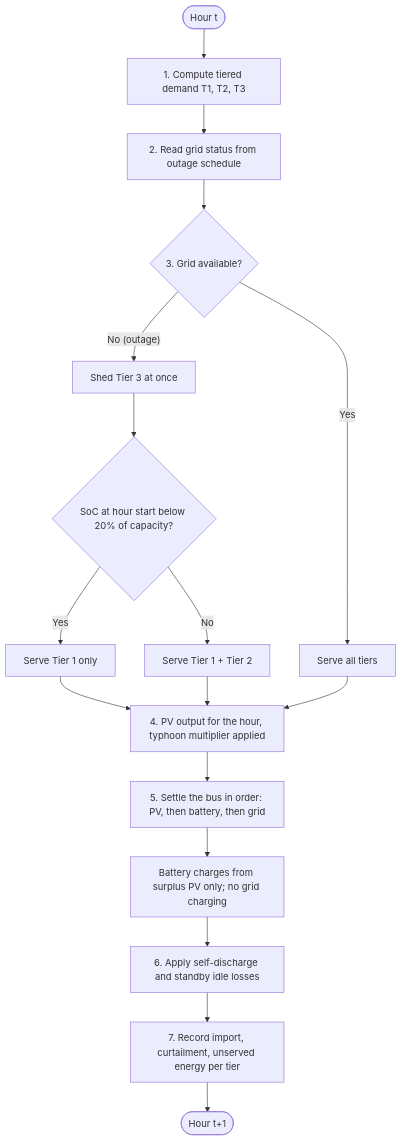
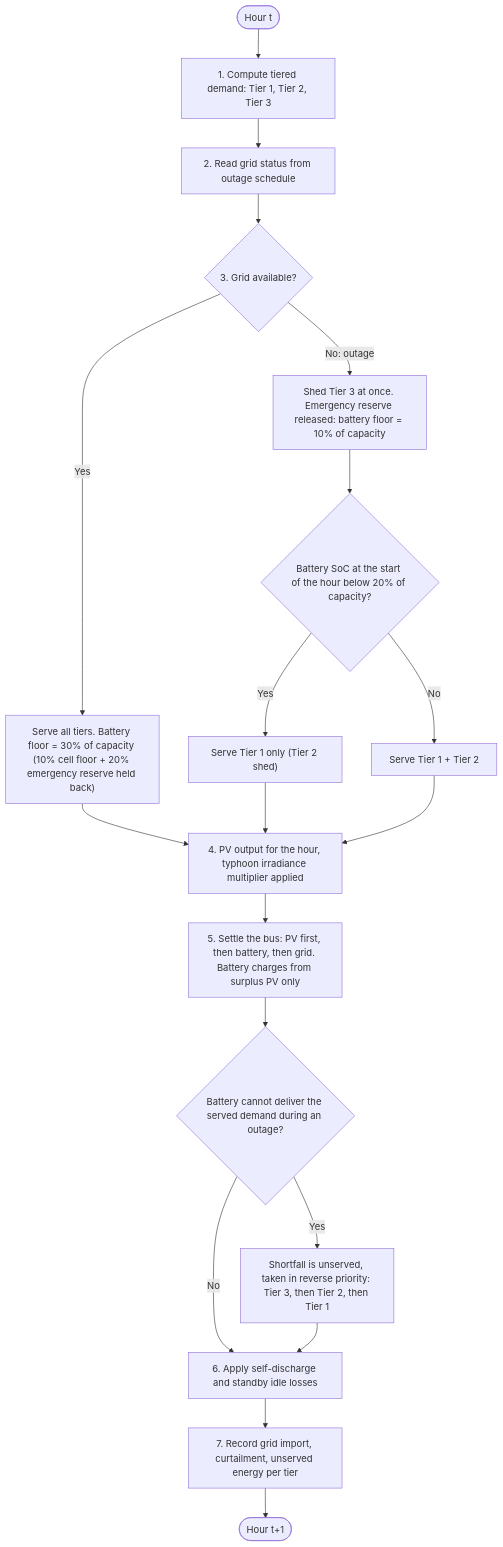
One commit to lukexodus/ccis-heat-load-backup-sim changed the second of 4 diagrams in docs/paper/illustrations.md. Above: the diagram before and after it, drawn with Mermaid. The commit also changed other lines of this file, not shown here.

Commit message:
docs(DOC-003): apply reviewed diagram corrections
Replace D2 and D4 with the operator-reviewed sources: D4 now draws the
[D-38] fallback branch (no sizing reaches the 80% bill-calibrated
threshold) and D2 gains the [D-32]/[D-34] battery floors and
reverse-priority shortfall allocation. SoC test kept at the start of
the hour, per shed_for_hour.

````diff
--- a/docs/paper/illustrations.md
+++ b/docs/paper/illustrations.md
@@ -41,19 +48,21 @@
 ```mermaid
 flowchart TD
-    S(["Hour t"]) --> D1["1. Compute tiered demand T1, T2, T3"]
-    D1 --> D2["2. Read grid status from outage schedule"]
-    D2 --> D3{"3. Grid available?"}
-    D3 -->|"No (outage)"| SH["Shed Tier 3 at once"]
-    SH --> SOC{"SoC at hour start below 20% of capacity?"}
-    SOC -->|"Yes"| T1ONLY["Serve Tier 1 only"]
-    SOC -->|"No"| T12["Serve Tier 1 + Tier 2"]
-    D3 -->|"Yes"| ALL["Serve all tiers"]
-    T1ONLY --> PV["4. PV output for the hour, typhoon multiplier applied"]
+    S(["Hour t"]) --> H1["1. Compute tiered demand: Tier 1, Tier 2, Tier 3"]
+    H1 --> H2["2. Read grid status from outage schedule"]
+    H2 --> G{"3. Grid available?"}
+    G -->|"Yes"| ALL["Serve all tiers. Battery floor = 30% of capacity (10% cell floor + 20% emergency reserve held back)"]
+    G -->|"No: outage"| SH["Shed Tier 3 at once. Emergency reserve released: battery floor = 10% of capacity"]
+    SH --> Q{"Battery SoC at the start of the hour below 20% of capacity?"}
+    Q -->|"Yes"| T1["Serve Tier 1 only (Tier 2 shed)"]
+    Q -->|"No"| T12["Serve Tier 1 + Tier 2"]
+    ALL --> PV["4. PV output for the hour, typhoon irradiance multiplier applied"]
+    T1 --> PV
     T12 --> PV
-    ALL --> PV
-    PV --> BUS["5. Settle the bus in order: PV, then battery, then grid"]
-    BUS --> CHG["Battery charges from surplus PV only; no grid charging"]
-    CHG --> LOSS["6. Apply self-discharge and standby idle losses"]
-    LOSS --> REC["7. Record import, curtailment, unserved energy per tier"]
-    REC --> E(["Hour t+1"])
+    PV --> BUS["5. Settle the bus: PV first, then battery, then grid. Battery charges from surplus PV only"]
+    BUS --> SF{"Battery cannot deliver the served demand during an outage?"}
+    SF -->|"Yes"| RP["Shortfall is unserved, taken in reverse priority: Tier 3, then Tier 2, then Tier 1"]
+    SF -->|"No"| LOSS
+    RP --> LOSS["6. Apply self-discharge and standby idle losses"]
+    LOSS --> REC["7. Record grid import, curtailment, unserved energy per tier"]
+    REC --> N(["Hour t+1"])
 ```
````
